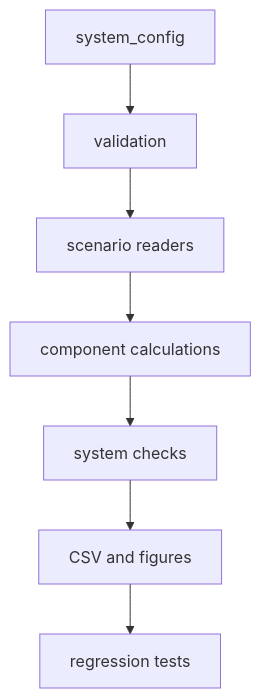
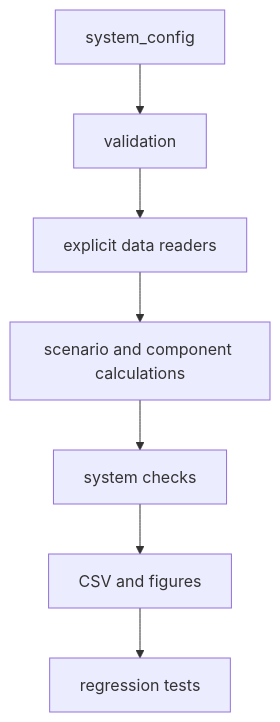
One commit to Hussnain-Al/ev-thermal-analysis-framework changed the first of 2 diagrams in docs/ARCHITECTURE.md. Above: the diagram before and after it, drawn with Mermaid. The commit also changed other lines of this file and 6 other files, not shown here.

````diff
--- a/docs/ARCHITECTURE.md
+++ b/docs/ARCHITECTURE.md
@@ -5,9 +5,9 @@
 ```mermaid
 flowchart TD
   A[system_config] --> B[validation]
-  B --> C[scenario readers]
-  C --> D[component calculations]
+  B --> C[explicit data readers]
+  C --> D[scenario and component calculations]
   D --> E[system checks]
   E --> F[CSV and figures]
   F --> G[regression tests]
 ```
````
